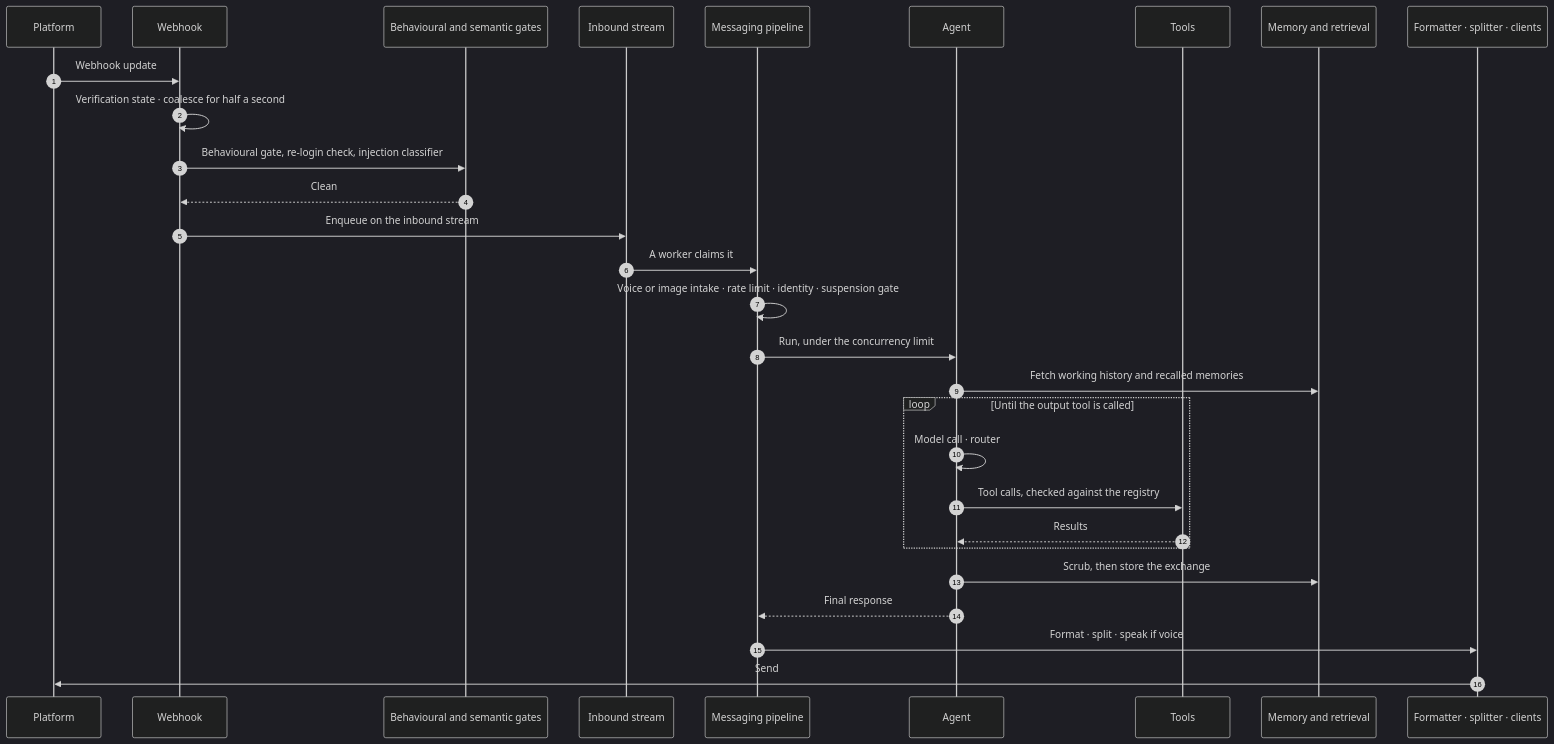
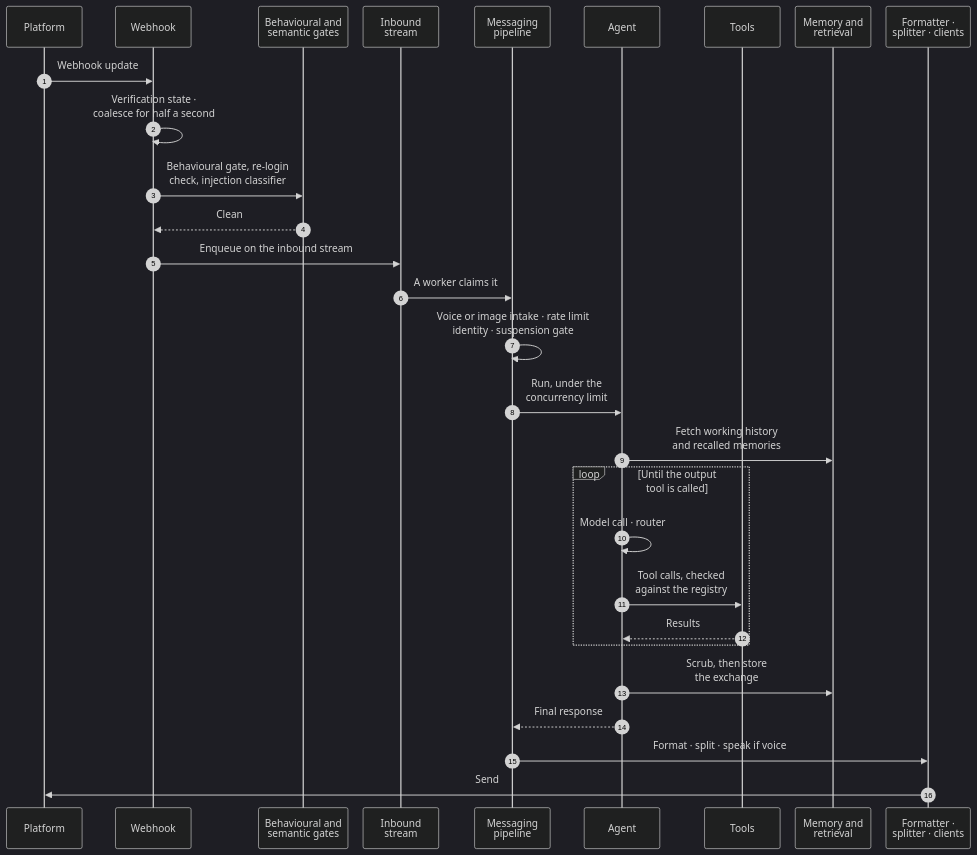
One commit to JoshPola96/enterprise-ai-agent-architecture-esim changed the first of 6 diagrams in docs/02-agent.md. Above: the diagram before and after it, drawn with Mermaid (dark theme). The commit also changed 7 other files, not shown here.

First line of the commit message:
Make the wide diagrams readable on phones and add lessons from the record

````diff
--- a/docs/02-agent.md
+++ b/docs/02-agent.md
@@ -14,31 +14,32 @@
 ```mermaid
+%%{init: {"sequence": {"actorMargin": 24, "width": 120, "noteMargin": 6, "messageMargin": 30}}}%%
 sequenceDiagram
     autonumber
     participant P as Platform
     participant R as Webhook
-    participant G as Behavioural and semantic gates
-    participant S as Inbound stream
-    participant M as Messaging pipeline
+    participant G as Behavioural and<br/>semantic gates
+    participant S as Inbound<br/>stream
+    participant M as Messaging<br/>pipeline
     participant A as Agent
     participant T as Tools
-    participant C as Memory and retrieval
-    participant D as Formatter · splitter · clients
+    participant C as Memory and<br/>retrieval
+    participant D as Formatter ·<br/>splitter · clients
     P->>R: Webhook update
-    R->>R: Verification state · coalesce for half a second
-    R->>G: Behavioural gate, re-login check, injection classifier
+    R->>R: Verification state ·<br/>coalesce for half a second
+    R->>G: Behavioural gate, re-login<br/>check, injection classifier
     G-->>R: Clean
     R->>S: Enqueue on the inbound stream
     S->>M: A worker claims it
-    M->>M: Voice or image intake · rate limit · identity · suspension gate
-    M->>A: Run, under the concurrency limit
-    A->>C: Fetch working history and recalled memories
+    M->>M: Voice or image intake · rate limit<br/>identity · suspension gate
+    M->>A: Run, under the<br/>concurrency limit
+    A->>C: Fetch working history<br/>and recalled memories
     loop Until the output tool is called
         A->>A: Model call · router
-        A->>T: Tool calls, checked against the registry
+        A->>T: Tool calls, checked<br/>against the registry
         T-->>A: Results
     end
-    A->>C: Scrub, then store the exchange
+    A->>C: Scrub, then store<br/>the exchange
     A-->>M: Final response
     M->>D: Format · split · speak if voice
     D->>P: Send
 ```
````
